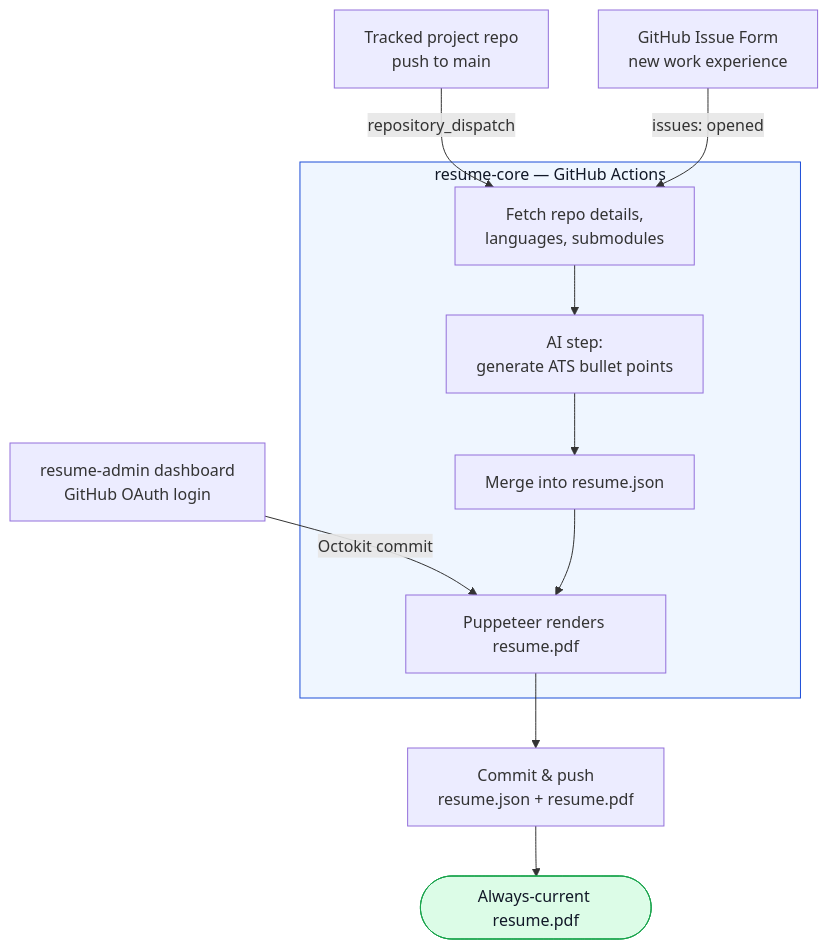
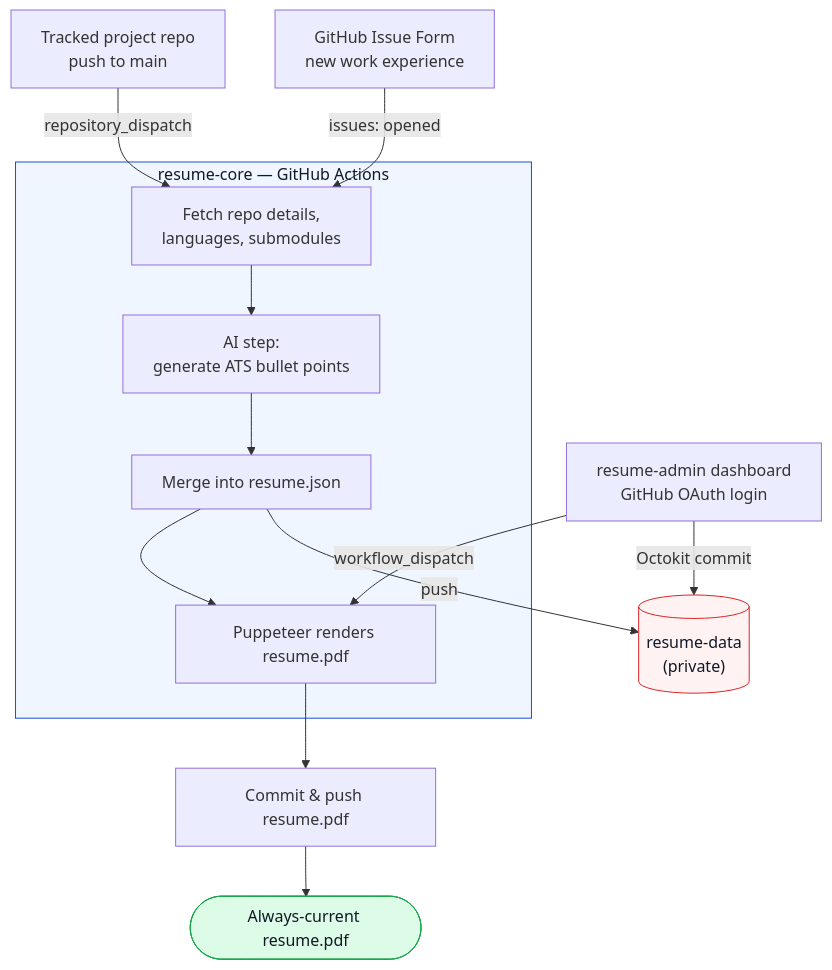
One commit to ChamathDilshanC/DevResume-Automation-Pipeline changed the diagram in README.md. Above: the diagram before and after it, drawn with Mermaid. The commit also changed other lines of this file and 1 other file, not shown here.

First line of the commit message:
docs: document the private resume-data repo, bump submodule refs

````diff
--- a/README.md
+++ b/README.md
@@ -33,18 +40,22 @@
 ```mermaid
 flowchart TD
     A["Tracked project repo<br/>push to main"] -->|repository_dispatch| E
     B["GitHub Issue Form<br/>new work experience"] -->|issues: opened| E
-    C["resume-admin dashboard<br/>GitHub OAuth login"] -->|Octokit commit| F
+    C["resume-admin dashboard<br/>GitHub OAuth login"] -->|Octokit commit| DATA
+    C -->|workflow_dispatch| F
 
     subgraph CORE["resume-core — GitHub Actions"]
         E["Fetch repo details,<br/>languages, submodules"] --> AI["AI step:<br/>generate ATS bullet points"]
         AI --> M["Merge into resume.json"]
         M --> F["Puppeteer renders resume.pdf"]
     end
 
-    F --> G["Commit & push<br/>resume.json + resume.pdf"]
+    M -->|push| DATA[("resume-data<br/>(private)")]
+    F --> G["Commit & push resume.pdf"]
     G --> H(["Always-current resume.pdf"])
+
+    style DATA fill:#fef2f2,stroke:#dc2626,color:#111827
 
     style CORE fill:#eff6ff,stroke:#1d4ed8,color:#111827
     style H fill:#dcfce7,stroke:#16a34a,color:#111827
 ```
````
